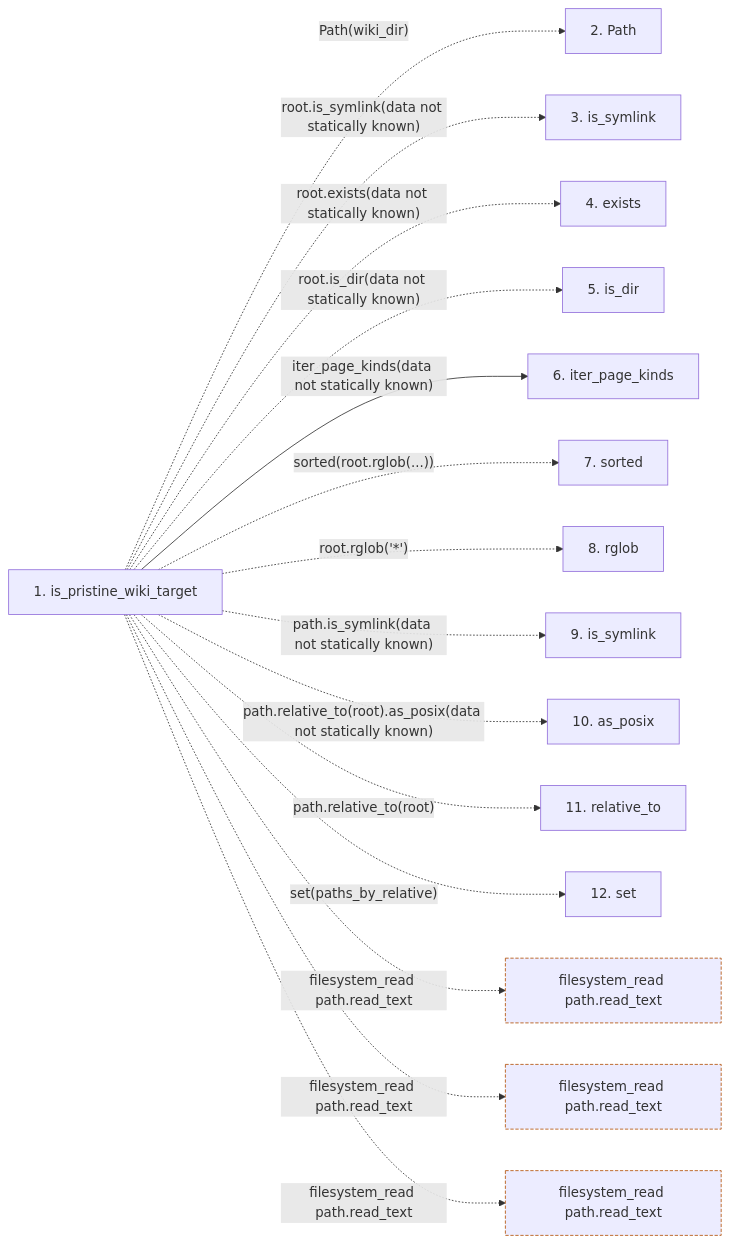
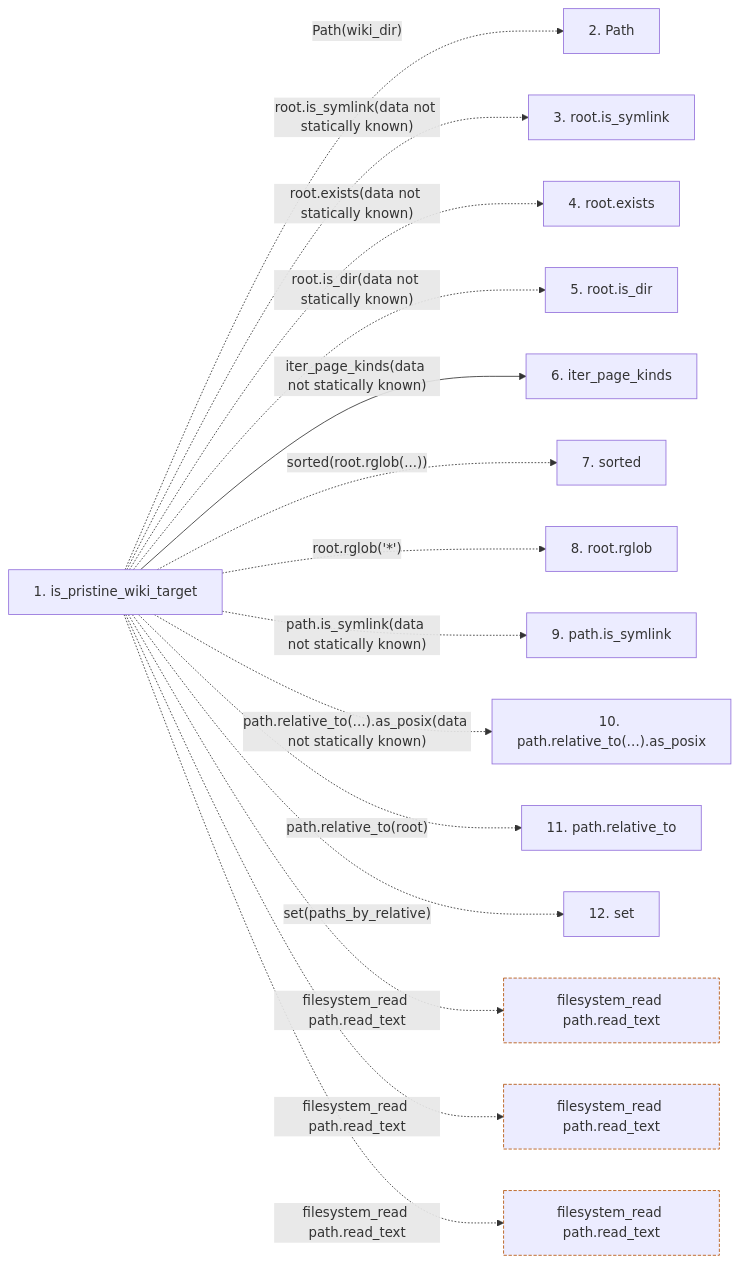
Before and after one commit to Denissvgn/python-wiki-llm: the second of 2 diagrams in docs/llm_wiki/flows/api-is_pristine_wiki_target.md, drawn with Mermaid. The commit also changed other lines of this file and 719 other files, not shown here.

````diff
--- a/docs/llm_wiki/flows/api-is_pristine_wiki_target.md
+++ b/docs/llm_wiki/flows/api-is_pristine_wiki_target.md
@@ -72,38 +75,38 @@
 ```mermaid
 flowchart LR
     s1["1. is_pristine_wiki_target"]
     s2["2. Path"]
-    s3["3. is_symlink"]
-    s4["4. exists"]
-    s5["5. is_dir"]
+    s3["3. root.is_symlink"]
+    s4["4. root.exists"]
+    s5["5. root.is_dir"]
     s6["6. iter_page_kinds"]
     s7["7. sorted"]
-    s8["8. rglob"]
-    s9["9. is_symlink"]
-    s10["10. as_posix"]
-    s11["11. relative_to"]
+    s8["8. root.rglob"]
+    s9["9. path.is_symlink"]
+    s10["10. path.relative_to(…).as_posix"]
+    s11["11. path.relative_to"]
     s12["12. set"]
     s1 -. "Path(wiki_dir)" .-> s2
     s1 -. "root.is_symlink(data not statically known)" .-> s3
     s1 -. "root.exists(data not statically known)" .-> s4
     s1 -. "root.is_dir(data not statically known)" .-> s5
     s1 -->|"iter_page_kinds(data not statically known)"| s6
     s1 -. "sorted(root.rglob(...))" .-> s7
     s1 -. "root.rglob('*')" .-> s8
     s1 -. "path.is_symlink(data not statically known)" .-> s9
-    s1 -. "path.relative_to(root).as_posix(data not statically known)" .-> s10
+    s1 -. "path.relative_to(…).as_posix(data not statically known)" .-> s10
     s1 -. "path.relative_to(root)" .-> s11
     s1 -. "set(paths_by_relative)" .-> s12
     b0["filesystem_read path.read_text"]
     s1 -. "filesystem_read path.read_text" .-> b0
     b1["filesystem_read path.read_text"]
     s1 -. "filesystem_read path.read_text" .-> b1
     b2["filesystem_read path.read_text"]
     s1 -. "filesystem_read path.read_text" .-> b2
     click s1 "../modules/wiki_lifecycle.md"
     click s6 "../modules/wiki_surface.md"
     classDef boundary stroke:#b45309,stroke-dasharray: 4 2
     class b0 boundary
     class b1 boundary
     class b2 boundary
 ```
````
